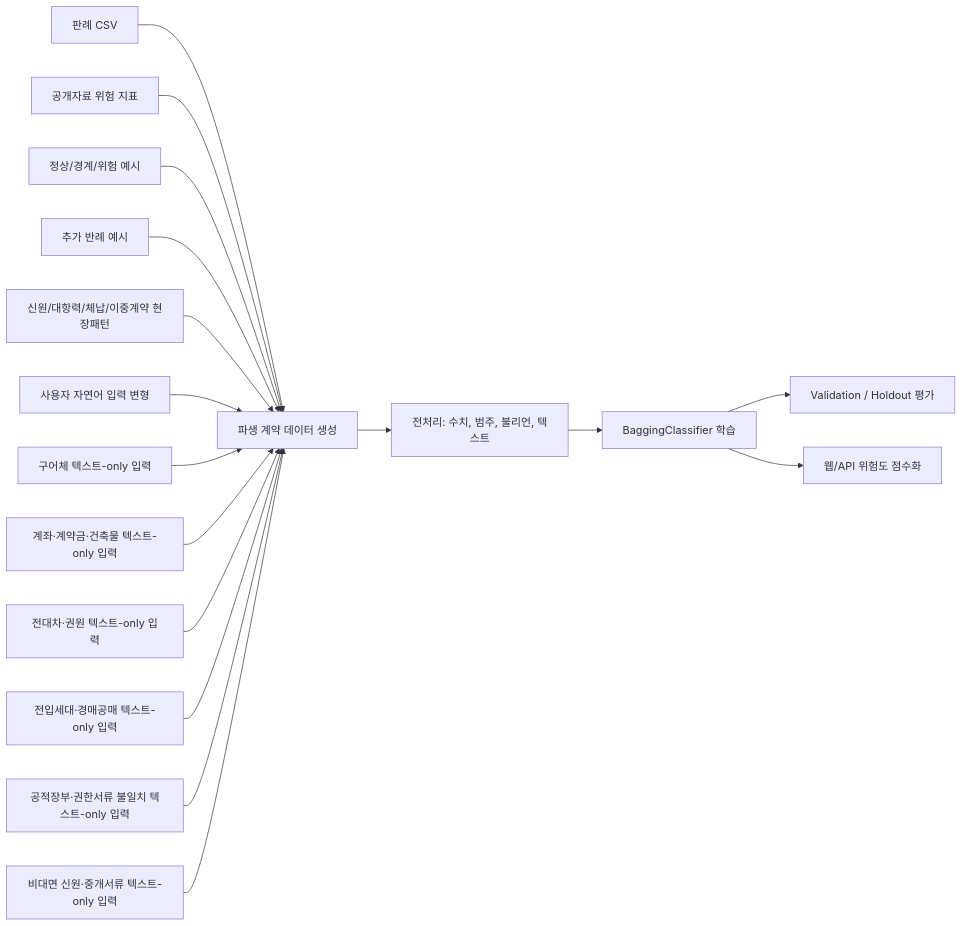
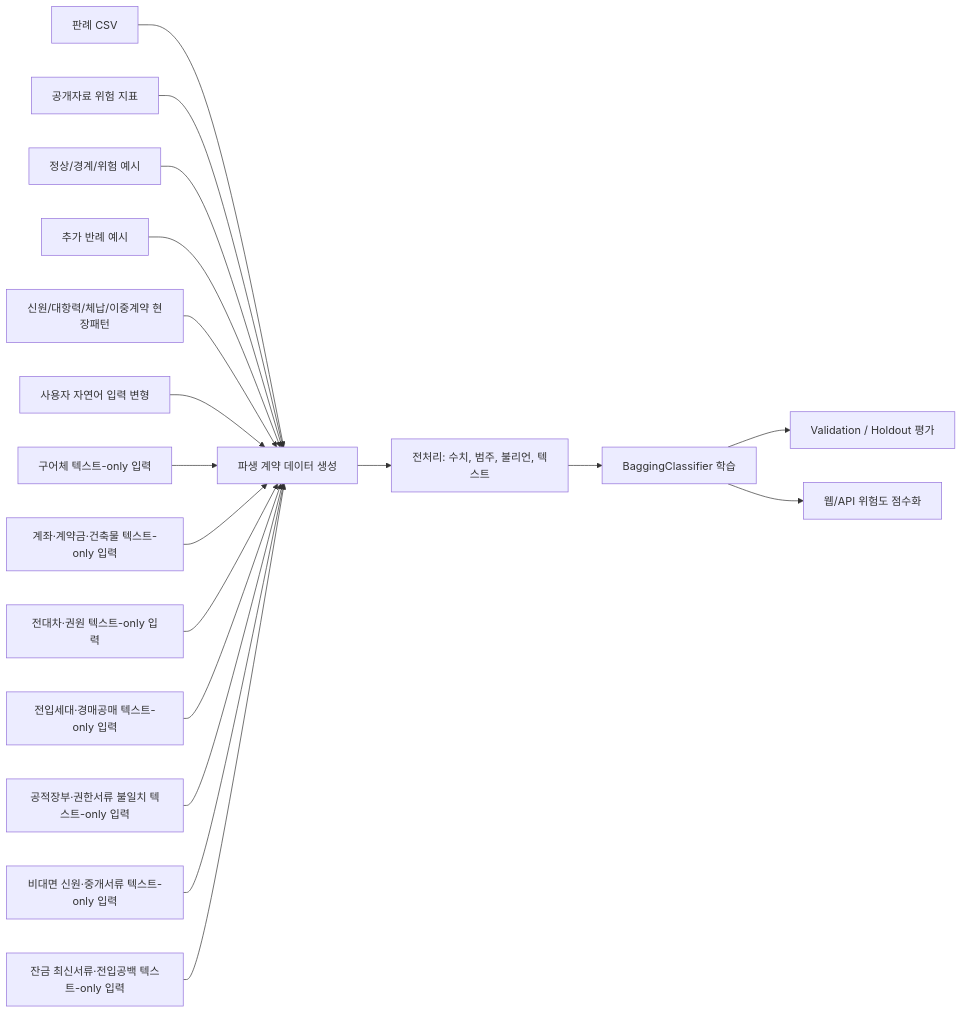
The diagram in README.md (bssm-oss/legallearn), drawn with Mermaid before and after one commit. The commit also changed other lines of this file and 15 other files, not shown here.

````diff
--- a/README.md
+++ b/README.md
@@ -161,19 +161,20 @@
 ```mermaid
 flowchart LR
   A["판례 CSV"] --> D["파생 계약 데이터 생성"]
   B["공개자료 위험 지표"] --> D
   C["정상/경계/위험 예시"] --> D
   I["추가 반례 예시"] --> D
   J["신원/대항력/체납/이중계약 현장패턴"] --> D
   K["사용자 자연어 입력 변형"] --> D
   L["구어체 텍스트-only 입력"] --> D
   M["계좌·계약금·건축물 텍스트-only 입력"] --> D
   N["전대차·권원 텍스트-only 입력"] --> D
   O["전입세대·경매공매 텍스트-only 입력"] --> D
   P["공적장부·권한서류 불일치 텍스트-only 입력"] --> D
   Q["비대면 신원·중개서류 텍스트-only 입력"] --> D
+  R["잔금 최신서류·전입공백 텍스트-only 입력"] --> D
   D --> E["전처리: 수치, 범주, 불리언, 텍스트"]
   E --> F["BaggingClassifier 학습"]
   F --> G["Validation / Holdout 평가"]
   F --> H["웹/API 위험도 점수화"]
 ```
````
